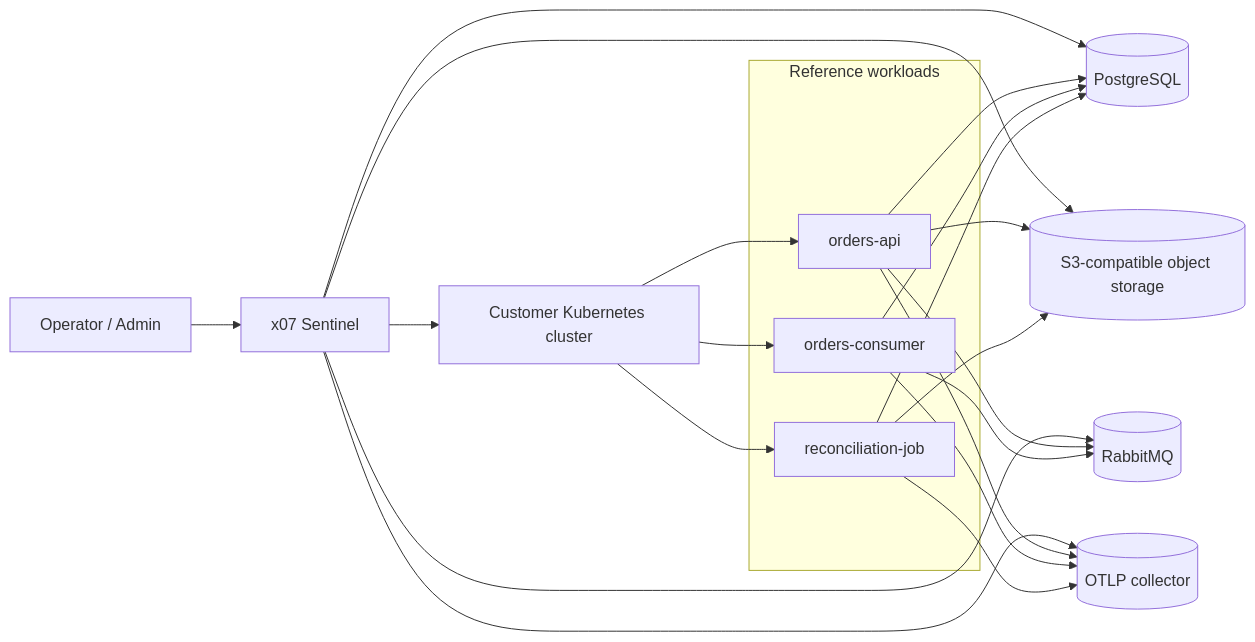
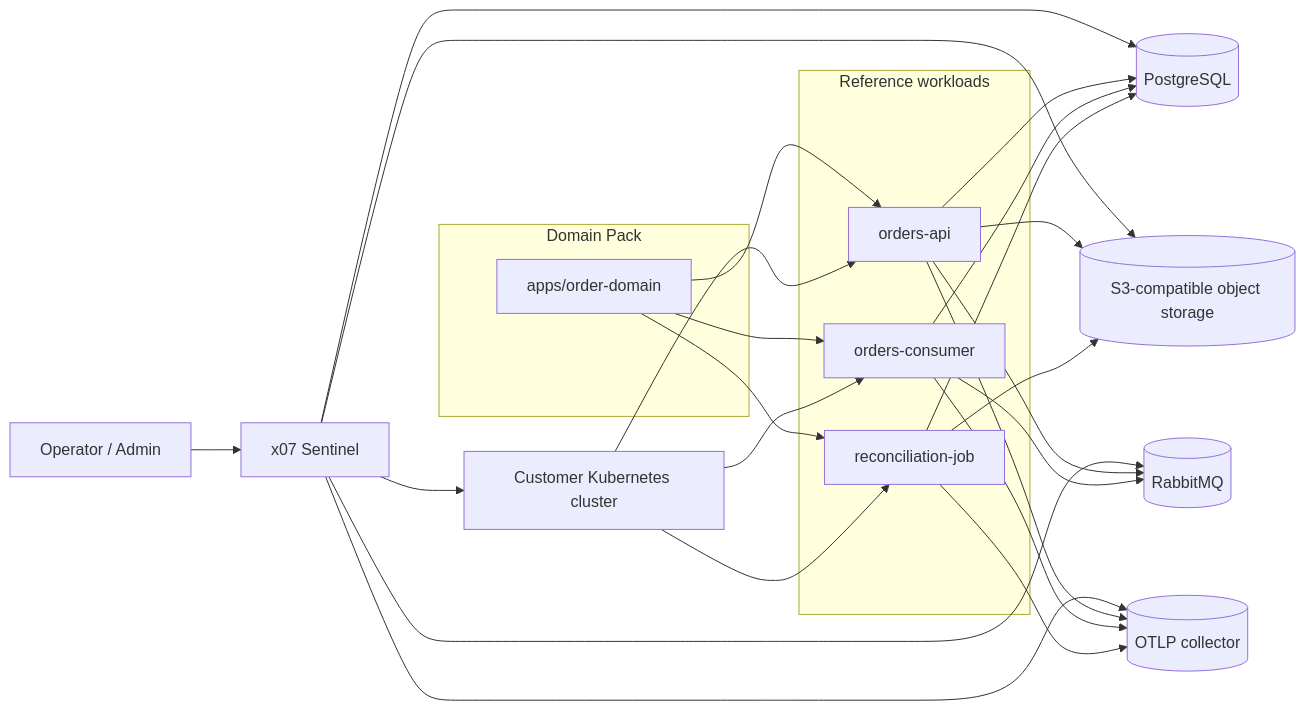
One commit to x07lang/x07-sentinel-reference-stack changed the diagram in README.md. Above: the diagram before and after it, drawn with Mermaid. The commit also changed other lines of this file and 43 other files, not shown here.

Commit message:
feat: adopt order-domain primitives + local smoke hardening

````diff
--- a/README.md
+++ b/README.md
@@ -102,32 +156,40 @@
 ```mermaid
 flowchart LR
     user[Operator / Admin] --> sentinel[x07 Sentinel]
     sentinel --> k8s[Customer Kubernetes cluster]
     sentinel --> db[(PostgreSQL)]
     sentinel --> obj[(S3-compatible object storage)]
     sentinel --> broker[(RabbitMQ)]
     sentinel --> otlp[(OTLP collector)]
 
     subgraph workloads[Reference workloads]
       api[orders-api]
       consumer[orders-consumer]
       job[reconciliation-job]
     end
+
+    subgraph domainpack[Domain Pack]
+      od[apps/order-domain]
+    end
+
+    od --> api
+    od --> consumer
+    od --> job
 
     k8s --> api
     k8s --> consumer
     k8s --> job
 
     api --> db
     api --> obj
     api --> broker
     api --> otlp
 
     consumer --> db
     consumer --> broker
     consumer --> otlp
 
     job --> db
     job --> obj
     job --> otlp
 ```
````
